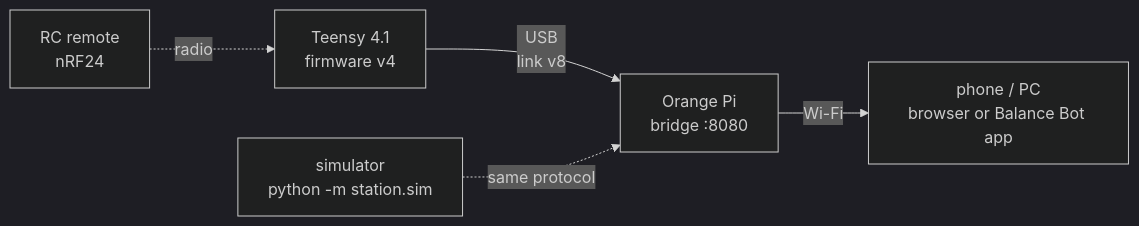
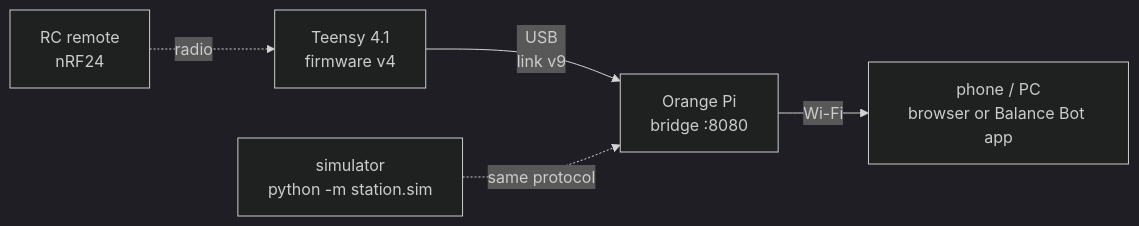
Before and after one commit to nespotts/self_balancing_robot_3: the diagram in README.md, drawn with Mermaid (dark theme). The commit also changed other lines of this file and 42 other files, not shown here.

````diff
--- a/README.md
+++ b/README.md
@@ -7,7 +7,7 @@
 ```mermaid
 flowchart LR
-  T["Teensy 4.1<br>firmware v4"] -- "USB<br>link v8" --> P["Orange Pi<br>bridge :8080"]
+  T["Teensy 4.1<br>firmware v4"] -- "USB<br>link v9" --> P["Orange Pi<br>bridge :8080"]
   P -- "Wi-Fi" --> W["phone / PC<br>browser or Balance Bot app"]
   R["RC remote<br>nRF24"] -. "radio" .-> T
   S["simulator<br>python -m station.sim"] -. "same protocol" .-> P
 ```
````
